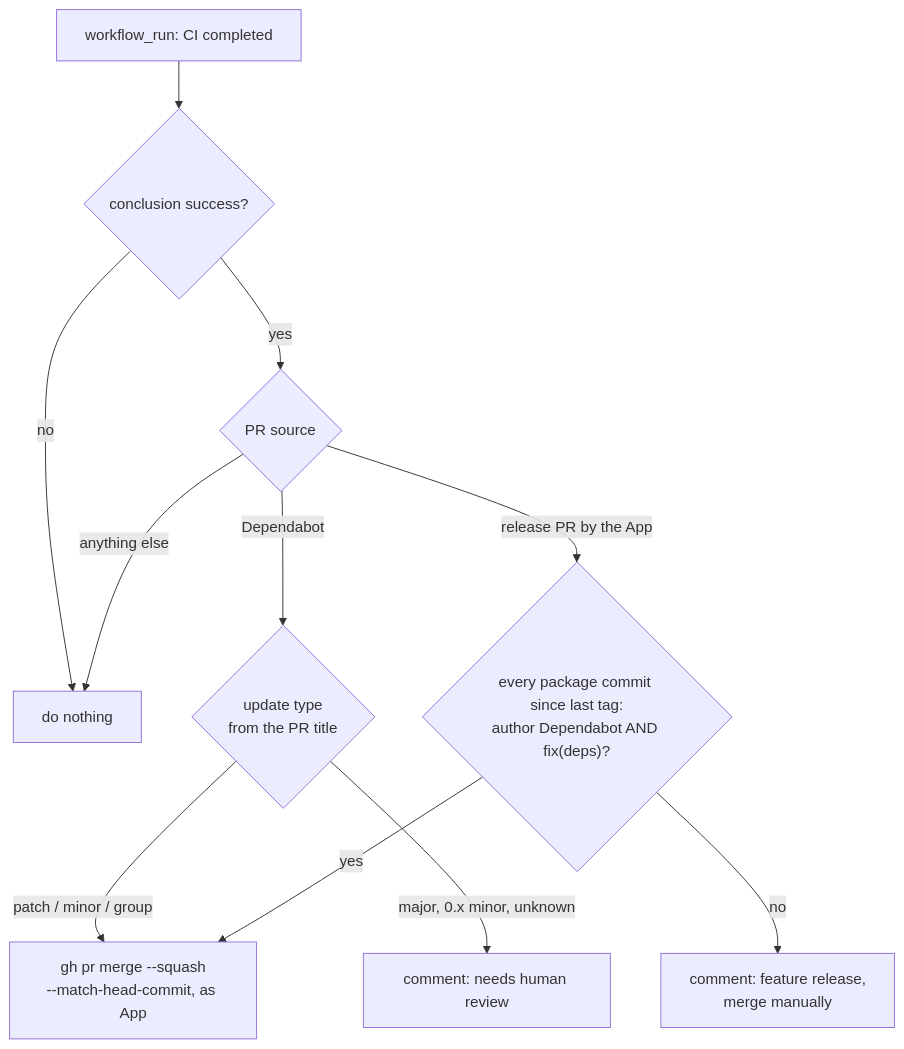
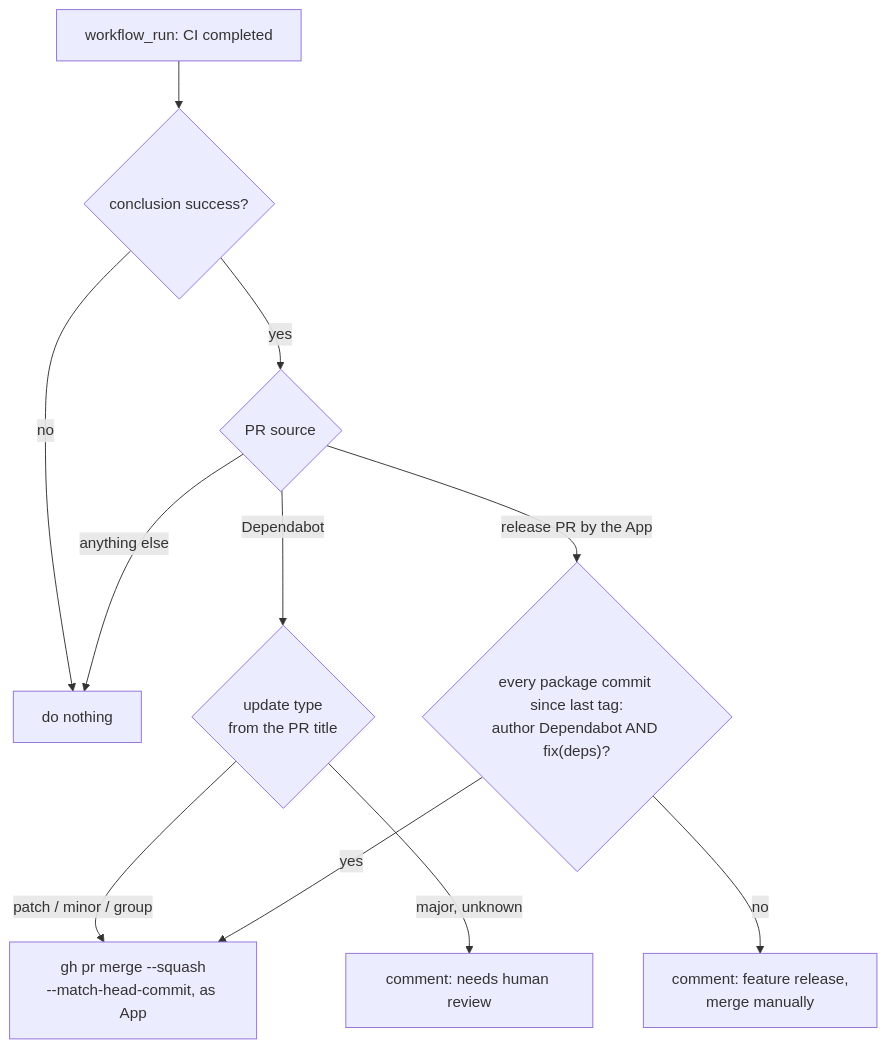
Before and after one commit to SoulcodeAgency/bexio-oauth: the fourth of 5 diagrams in docs/development.md, drawn with Mermaid. The commit also changed other lines of this file and 2 other files, not shown here.

````diff
--- a/docs/development.md
+++ b/docs/development.md
@@ -151,13 +151,13 @@
 ```mermaid
 flowchart TD
     W["workflow_run: CI completed"] --> S{"conclusion success?"}
     S -->|no| Stop["do nothing"]
     S -->|yes| Who{"PR source"}
     Who -->|Dependabot| U{"update type<br/>from the PR title"}
     U -->|"patch / minor / group"| AM["gh pr merge --squash<br/>--match-head-commit, as App"]
-    U -->|"major, 0.x minor, unknown"| Cm1["comment: needs human review"]
+    U -->|"major, unknown"| Cm1["comment: needs human review"]
     Who -->|"release PR by the App"| RC{"every package commit since last tag:<br/>author Dependabot AND fix(deps)?"}
     RC -->|yes| AM
     RC -->|no| Cm2["comment: feature release,<br/>merge manually"]
     Who -->|anything else| Stop
 ```
````
